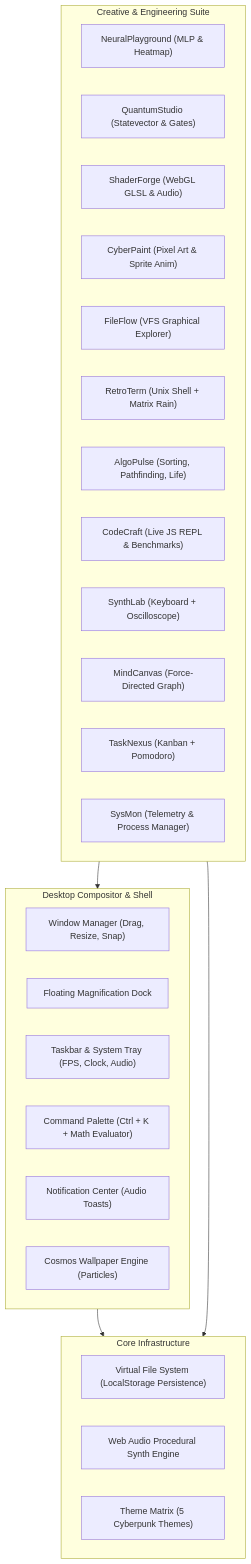
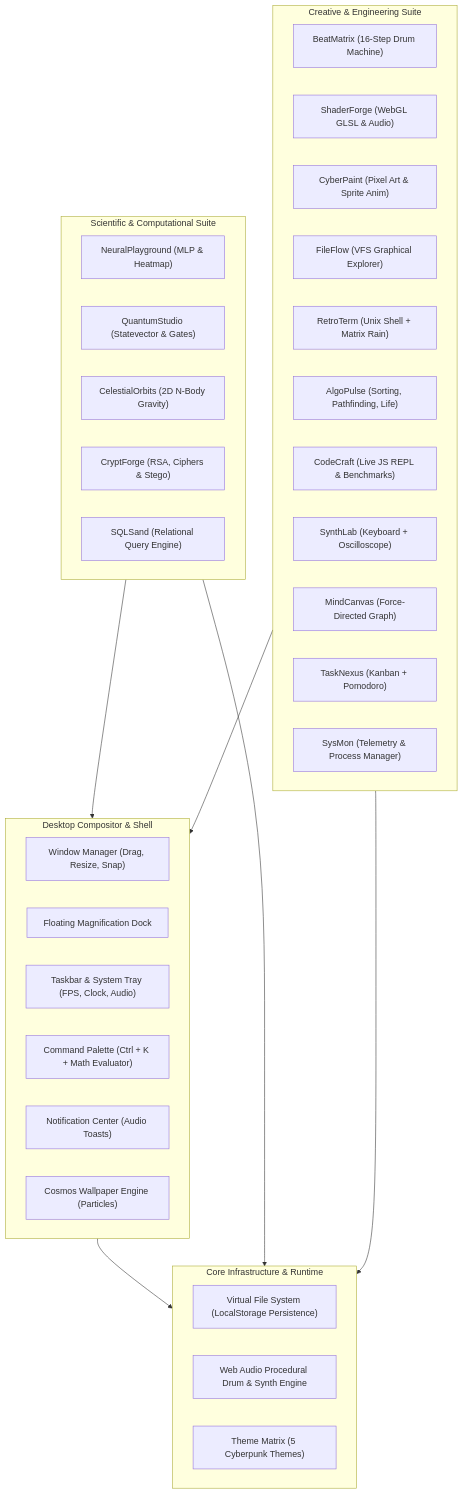
One commit to Bhuwan077/aether-os changed the diagram in README.md. Above: the diagram before and after it, drawn with Mermaid. The commit also changed other lines of this file, not shown here.

Commit message:
docs: expand README with CryptForge, SQLSand, CelestialOrbits, and BeatMatrix guides

````diff
--- a/README.md
+++ b/README.md
@@ -18,36 +18,45 @@
 ```mermaid
 flowchart TD
     subgraph DesktopCompositor["Desktop Compositor & Shell"]
         WM["Window Manager (Drag, Resize, Snap)"]
         Dock["Floating Magnification Dock"]
         Taskbar["Taskbar & System Tray (FPS, Clock, Audio)"]
         Palette["Command Palette (Ctrl + K + Math Evaluator)"]
         Notif["Notification Center (Audio Toasts)"]
         Cosmos["Cosmos Wallpaper Engine (Particles)"]
     end
 
-    subgraph CoreEngines["Core Infrastructure"]
+    subgraph CoreEngines["Core Infrastructure & Runtime"]
         VFS["Virtual File System (LocalStorage Persistence)"]
-        Audio["Web Audio Procedural Synth Engine"]
+        Audio["Web Audio Procedural Drum & Synth Engine"]
         Theme["Theme Matrix (5 Cyberpunk Themes)"]
     end
 
-    subgraph CreativeApps["Creative & Engineering Suite"]
+    subgraph ScientificApps["Scientific & Computational Suite"]
         Neural["NeuralPlayground (MLP & Heatmap)"]
         Quantum["QuantumStudio (Statevector & Gates)"]
+        Physics["CelestialOrbits (2D N-Body Gravity)"]
+        Crypto["CryptForge (RSA, Ciphers & Stego)"]
+        SQL["SQLSand (Relational Query Engine)"]
+    end
+
+    subgraph CreativeApps["Creative & Engineering Suite"]
+        Beat["BeatMatrix (16-Step Drum Machine)"]
         Shader["ShaderForge (WebGL GLSL & Audio)"]
         Pixel["CyberPaint (Pixel Art & Sprite Anim)"]
         FileF["FileFlow (VFS Graphical Explorer)"]
         Term["RetroTerm (Unix Shell + Matrix Rain)"]
         Algo["AlgoPulse (Sorting, Pathfinding, Life)"]
         Code["CodeCraft (Live JS REPL & Benchmarks)"]
         Synth["SynthLab (Keyboard + Oscilloscope)"]
         Mind["MindCanvas (Force-Directed Graph)"]
         Task["TaskNexus (Kanban + Pomodoro)"]
         Sys["SysMon (Telemetry & Process Manager)"]
     end
 
     DesktopCompositor --> CoreEngines
+    ScientificApps --> DesktopCompositor
     CreativeApps --> DesktopCompositor
+    ScientificApps --> CoreEngines
     CreativeApps --> CoreEngines
 ```
````
